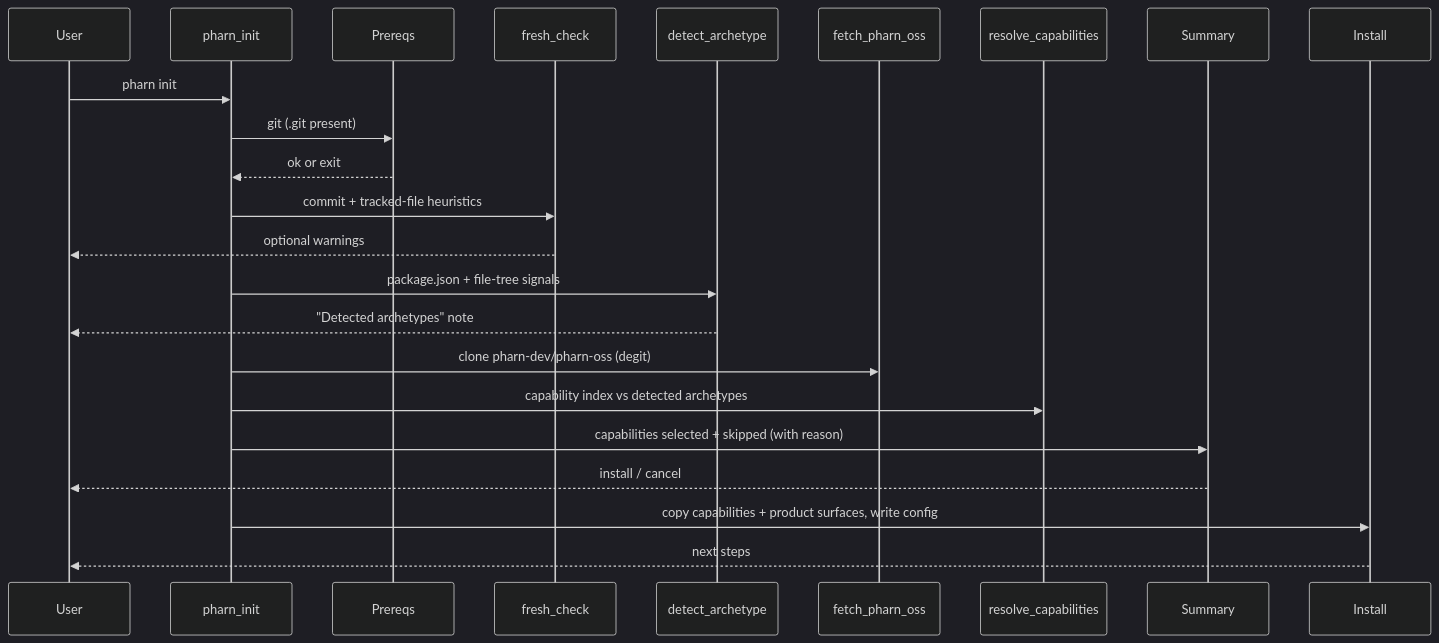
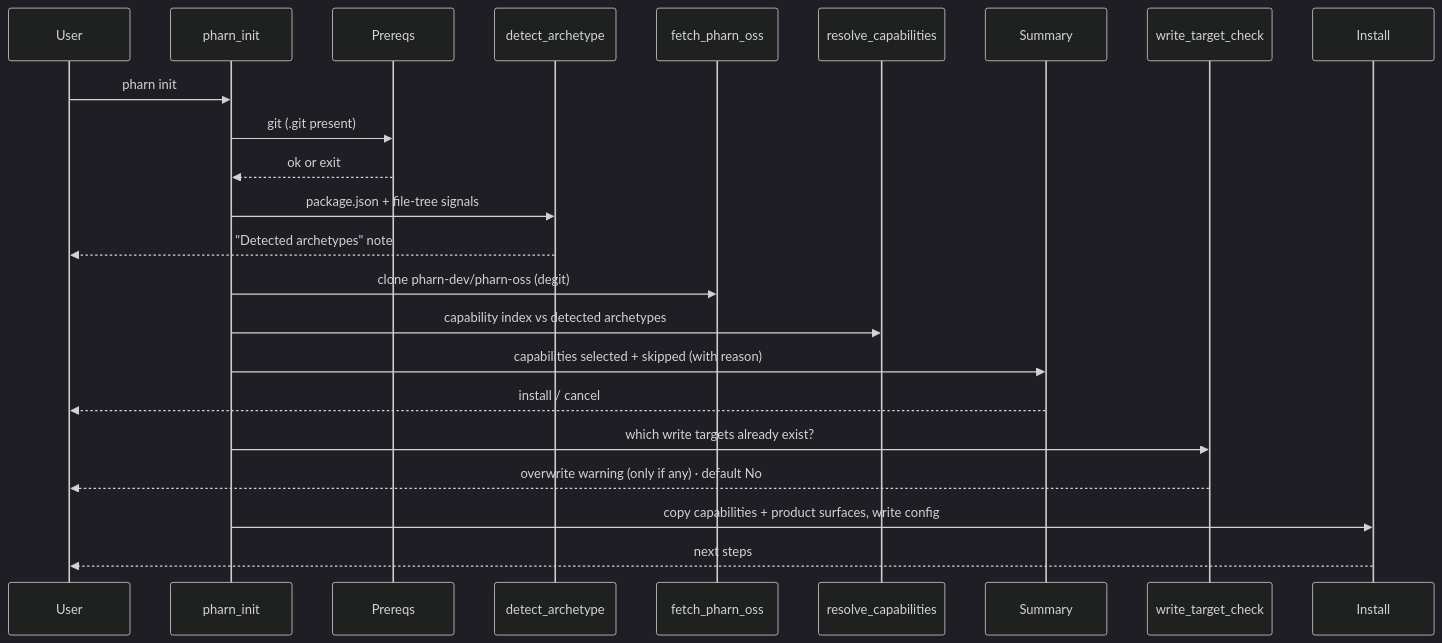
The diagram in docs/commands/init.md (pharn-dev/pharn-cli), drawn with Mermaid (dark theme) before and after one commit. The commit also changed other lines of this file and 38 other files, not shown here.

First line of the commit message:
feat: warn on write-target overwrites during init (#54)

````diff
--- a/docs/commands/init.md
+++ b/docs/commands/init.md
@@ -17,26 +17,26 @@
 ```mermaid
 sequenceDiagram
   participant User
   participant CLI as pharn_init
   participant Prereqs
-  participant Fresh as fresh_check
   participant Detect as detect_archetype
   participant Fetch as fetch_pharn_oss
   participant Resolve as resolve_capabilities
   participant Summary
+  participant Conflict as write_target_check
   participant Install
 
   User->>CLI: pharn init
   CLI->>Prereqs: git (.git present)
   Prereqs-->>CLI: ok or exit
-  CLI->>Fresh: commit + tracked-file heuristics
-  Fresh-->>User: optional warnings
   CLI->>Detect: package.json + file-tree signals
   Detect-->>User: "Detected archetypes" note
   CLI->>Fetch: clone pharn-dev/pharn-oss (degit)
   CLI->>Resolve: capability index vs detected archetypes
   CLI->>Summary: capabilities selected + skipped (with reason)
   Summary-->>User: install / cancel
+  CLI->>Conflict: which write targets already exist?
+  Conflict-->>User: overwrite warning (only if any) · default No
   CLI->>Install: copy capabilities + product surfaces, write config
   Install-->>User: next steps
 ```
````
